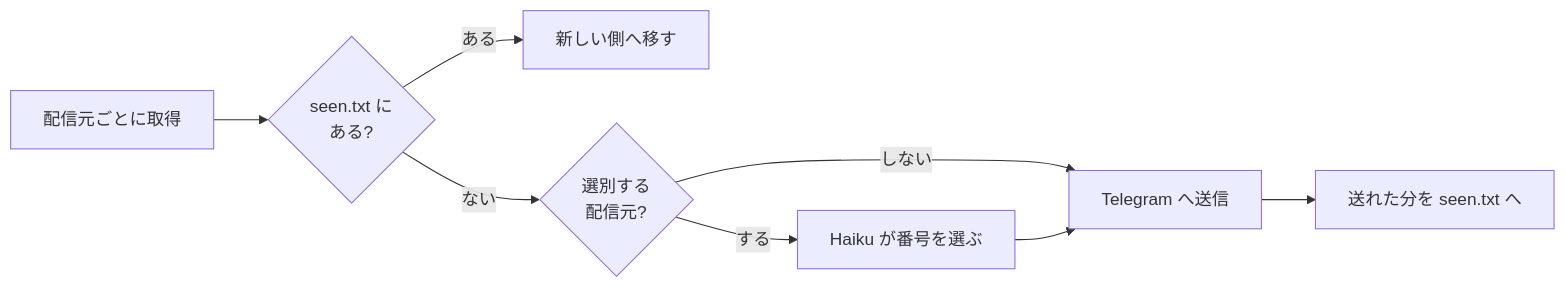
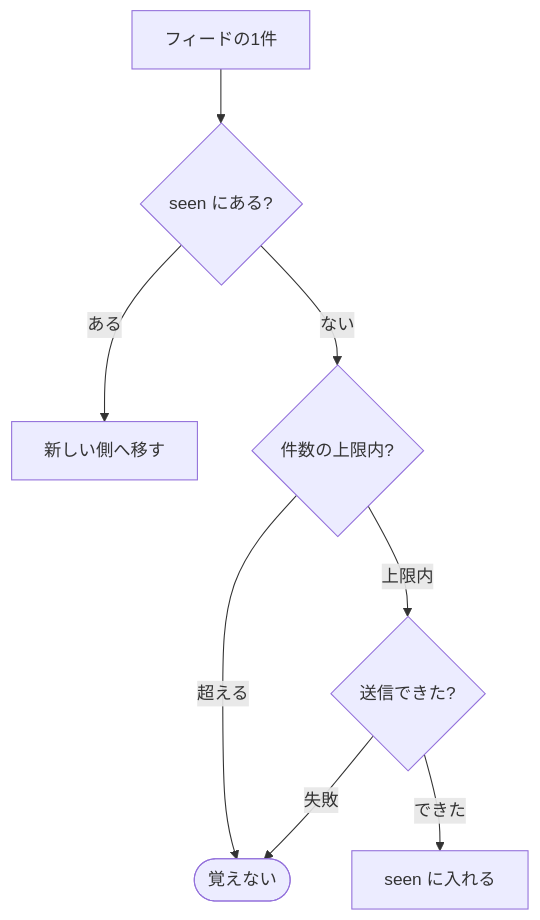
One commit to yktsnet/tg-dev-digest changed the diagram in README.md. Above: the diagram before and after it, drawn with Mermaid. The commit also changed other lines of this file and 1 other file, not shown here.

````diff
--- a/README.md
+++ b/README.md
@@ -25,10 +101,10 @@
 ```mermaid
-flowchart LR
-  S[配信元ごとに取得] --> D{seen.txt に<br>ある?}
-  D -- ある --> T[新しい側へ移す]
-  D -- ない --> F{選別する<br>配信元?}
-  F -- する --> H[Haiku が番号を選ぶ]
-  F -- しない --> M
-  H --> M[Telegram へ送信]
-  M --> W[送れた分を seen.txt へ]
+flowchart TD
+  I[フィードの1件] --> Q{seen にある?}
+  Q -- ある --> M[新しい側へ移す]
+  Q -- ない --> L{件数の上限内?}
+  L -- 超える --> N([覚えない])
+  L -- 上限内 --> S{送信できた?}
+  S -- できた --> R[seen に入れる]
+  S -- 失敗 --> N
 ```
````
